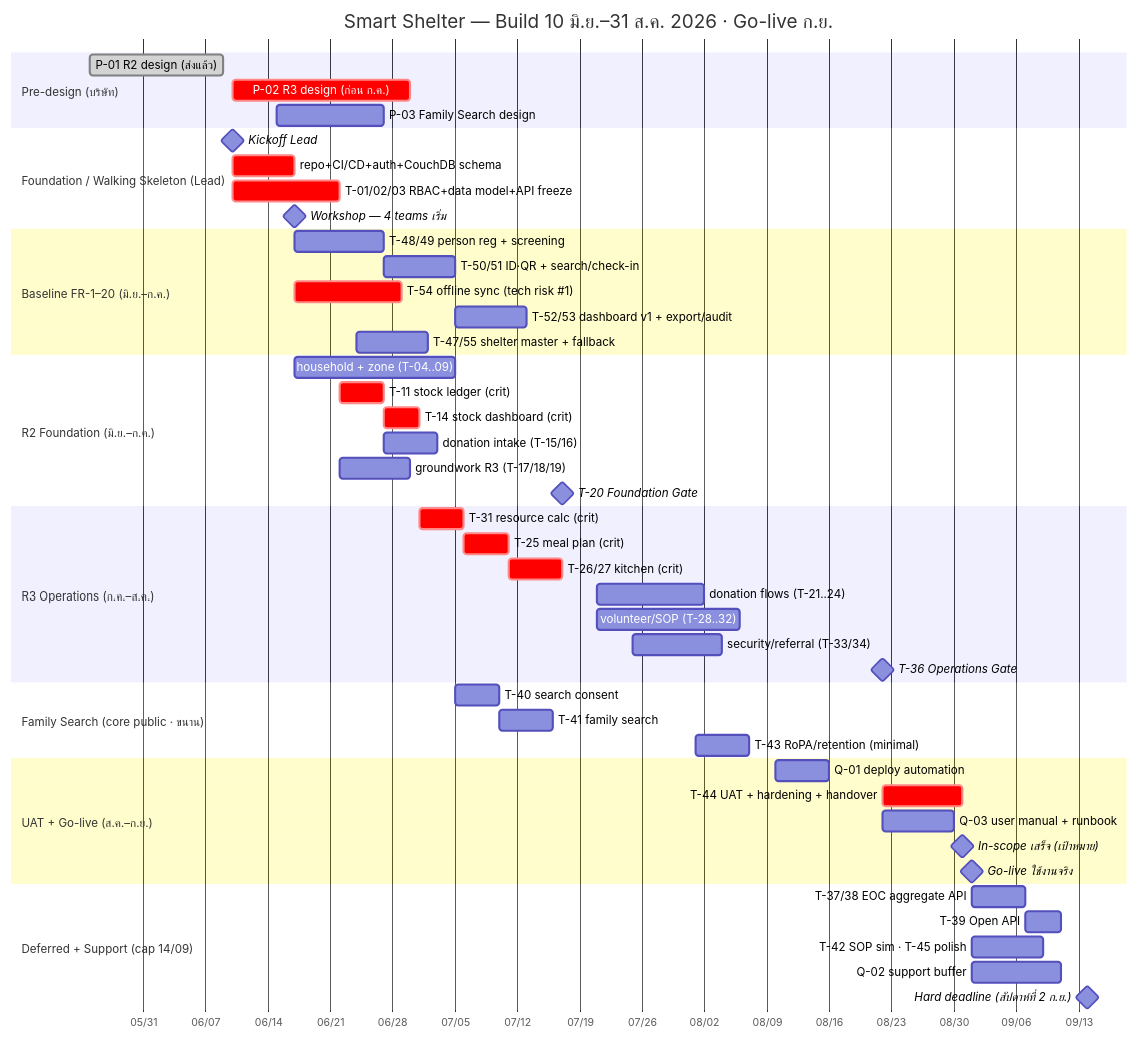
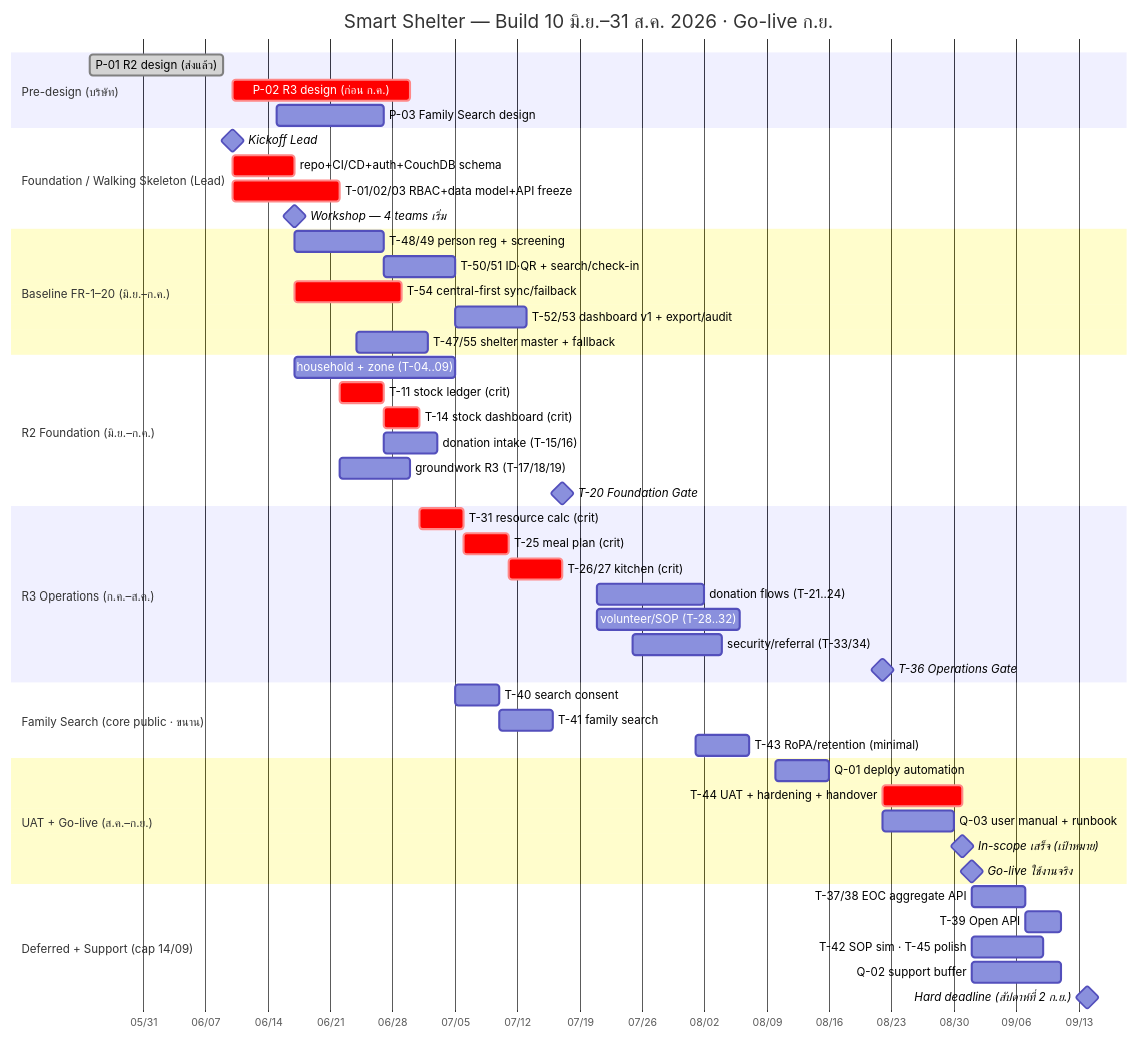
The second of 2 diagrams in docs/task-breakdown/_timeline.md (r202-coe-psu/tent), drawn with Mermaid before and after one commit. The commit also changed other lines of this file and 20 other files, not shown here.

````diff
--- a/docs/task-breakdown/_timeline.md
+++ b/docs/task-breakdown/_timeline.md
@@ -179,60 +179,60 @@
 ```mermaid
 gantt
   title Smart Shelter — Build 10 มิ.ย.–31 ส.ค. 2026 · Go-live ก.ย.
   dateFormat YYYY-MM-DD
   axisFormat %m/%d
 
   section Pre-design (บริษัท)
   P-01 R2 design (ส่งแล้ว)          :done, p1, 2026-05-25, 2026-06-09
   P-02 R3 design (ก่อน ก.ค.)         :crit, p2, 2026-06-10, 2026-06-30
   P-03 Family Search design          :p3, 2026-06-15, 12d
 
   section Foundation / Walking Skeleton (Lead)
   Kickoff Lead                       :milestone, k0, 2026-06-10, 0d
   repo+CI/CD+auth+CouchDB schema      :crit, sk, 2026-06-10, 7d
   T-01/02/03 RBAC+data model+API freeze :crit, t013, 2026-06-10, 12d
   Workshop — 4 teams เริ่ม            :milestone, w1, 2026-06-17, 0d
 
   section Baseline FR-1–20 (มิ.ย.–ก.ค.)
   T-48/49 person reg + screening      :bl1, 2026-06-17, 10d
   T-50/51 ID·QR + search/check-in     :bl2, after bl1, 8d
-  T-54 offline sync (tech risk #1)    :crit, bl3, 2026-06-17, 12d
+  T-54 central-first sync/failback    :crit, bl3, 2026-06-17, 12d
   T-52/53 dashboard v1 + export/audit :bl4, after bl2, 8d
   T-47/55 shelter master + fallback   :bl5, 2026-06-24, 8d
 
   section R2 Foundation (มิ.ย.–ก.ค.)
   household + zone (T-04..09)         :t0409, 2026-06-17, 18d
   T-11 stock ledger (crit)           :crit, t11, after t013, 5d
   T-14 stock dashboard (crit)        :crit, t14, after t11, 4d
   donation intake (T-15/16)          :t1516, after t11, 6d
   groundwork R3 (T-17/18/19)         :gw, after t013, 8d
   T-20 Foundation Gate               :milestone, g2, 2026-07-17, 0d
 
   section R3 Operations (ก.ค.–ส.ค.)
   T-31 resource calc (crit)          :crit, t31, after t14, 5d
   T-25 meal plan (crit)              :crit, t25, after t31, 5d
   T-26/27 kitchen (crit)             :crit, t2627, after t25, 6d
   donation flows (T-21..24)          :t2124, 2026-07-21, 12d
   volunteer/SOP (T-28..32)           :t2832, 2026-07-21, 16d
   security/referral (T-33/34)        :t3334, 2026-07-25, 10d
   T-36 Operations Gate               :milestone, g3, 2026-08-22, 0d
 
   section Family Search (core public · ขนาน)
   T-40 search consent                :fs1, after t0409, 5d
   T-41 family search                 :fs2, after fs1, 6d
   T-43 RoPA/retention (minimal)      :t43, 2026-08-01, 6d
 
   section UAT + Go-live (ส.ค.–ก.ย.)
   Q-01 deploy automation             :q1, 2026-08-10, 6d
   T-44 UAT + hardening + handover    :crit, t44, 2026-08-22, 9d
   Q-03 user manual + runbook         :q3, 2026-08-22, 8d
   In-scope เสร็จ (เป้าหมาย)           :milestone, dl, 2026-08-31, 0d
   Go-live ใช้งานจริง                  :milestone, gl, 2026-09-01, 0d
 
   section Deferred + Support (cap 14/09)
   T-37/38 EOC aggregate API          :def1, 2026-09-01, 6d
   T-39 Open API                      :def2, after def1, 4d
   T-42 SOP sim · T-45 polish         :def3, 2026-09-01, 8d
   Q-02 support buffer                :q2, 2026-09-01, 10d
   Hard deadline (สัปดาห์ที่ 2 ก.ย.)    :milestone, hd, 2026-09-14, 0d
 ```
````
